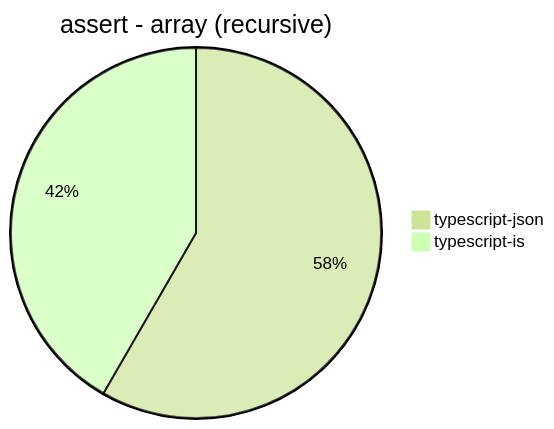
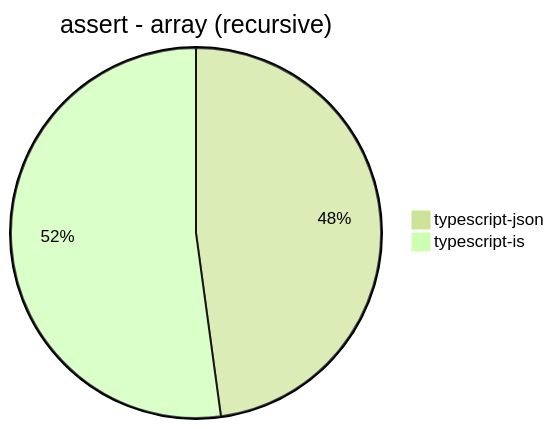
Before and after one commit to samchon/typia: the fourth of 30 diagrams in benchmark/results/AMD Ryzen 7 5800H with Radeon Graphics         .md, drawn with Mermaid (forest theme). The commit also changed other lines of this file, not shown here.

````diff
--- a/benchmark/results/AMD Ryzen 7 5800H with Radeon Graphics         .md
+++ b/benchmark/results/AMD Ryzen 7 5800H with Radeon Graphics         .md
@@ -38,5 +38,5 @@
 ```mermaid
 pie title assert - array (recursive)
-  "typescript-json": 2294.4830105955425
-  "typescript-is": 1639.112542494185
+  "typescript-json": 1384.975646309479
+  "typescript-is": 1509.7569955817378
 ```
````
